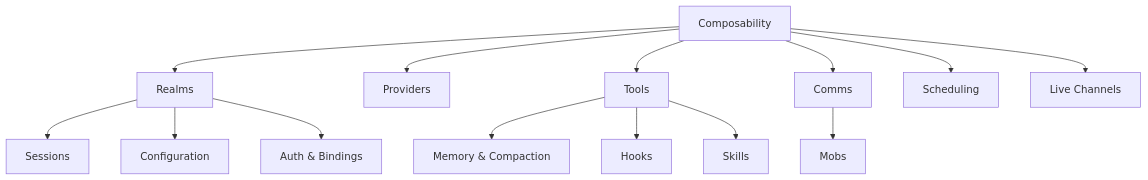
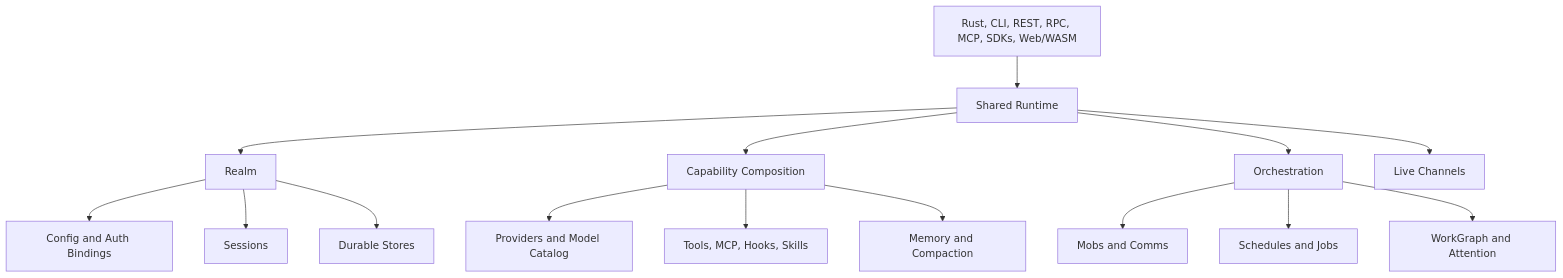
The diagram in docs/concepts/overview.mdx (carenic/meerkat), drawn with Mermaid before and after one commit. The commit also changed other lines of this file and 288 other files, not shown here.

````diff
--- a/docs/concepts/overview.mdx
+++ b/docs/concepts/overview.mdx
@@ -19,16 +14,17 @@
 ```mermaid
 flowchart TD
-    C["Composability"] --> R["Realms"]
+    SF["Rust, CLI, REST, RPC, MCP, SDKs, Web/WASM"] --> RT["Shared Runtime"]
+    RT --> R["Realm"]
+    R --> CFG["Config and Auth Bindings"]
     R --> S["Sessions"]
-    R --> CFG["Configuration"]
-    C --> P["Providers"]
-    C --> T["Tools"]
-    T --> M["Memory & Compaction"]
-    T --> H["Hooks"]
-    T --> SK["Skills"]
-    C --> CB["Comms"]
-    CB --> MB["Mobs"]
-    C --> SCH["Scheduling"]
-    C --> RT["Live Channels"]
-    R --> AB["Auth & Bindings"]
+    R --> ST["Durable Stores"]
+    RT --> CAP["Capability Composition"]
+    CAP --> P["Providers and Model Catalog"]
+    CAP --> T["Tools, MCP, Hooks, Skills"]
+    CAP --> MEM["Memory and Compaction"]
+    RT --> ORCH["Orchestration"]
+    ORCH --> MOB["Mobs and Comms"]
+    ORCH --> SCH["Schedules and Jobs"]
+    ORCH --> WG["WorkGraph and Attention"]
+    RT --> LIVE["Live Channels"]
 ```
````
